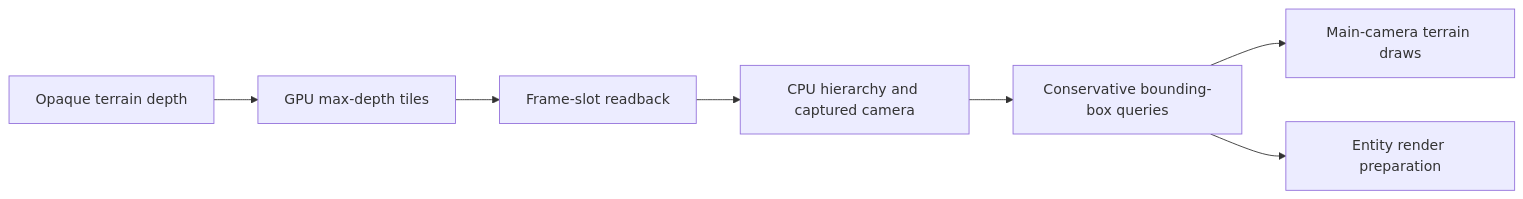
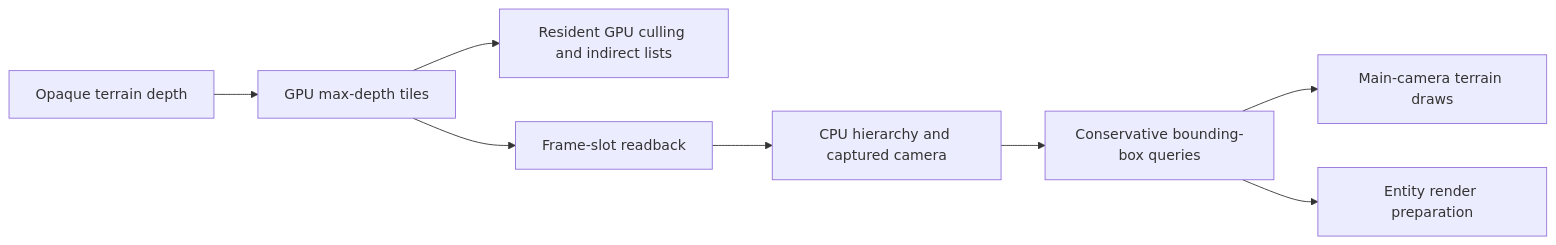
One commit to KillerPixelCrew/VulkanStory changed the second of 3 diagrams in docs/performance.md. Above: the diagram before and after it, drawn with Mermaid. The commit also changed other lines of this file and 7 other files, not shown here.

````diff
--- a/docs/performance.md
+++ b/docs/performance.md
@@ -67,9 +100,10 @@
 ```mermaid
 flowchart LR
     Depth[Opaque terrain depth] --> Reduce[GPU max-depth tiles]
+    Reduce --> Resident[Resident GPU culling and indirect lists]
     Reduce --> Readback[Frame-slot readback]
     Readback --> Hierarchy[CPU hierarchy and captured camera]
     Hierarchy --> Boxes[Conservative bounding-box queries]
     Boxes --> Terrain[Main-camera terrain draws]
     Boxes --> Entities[Entity render preparation]
 ```
````
